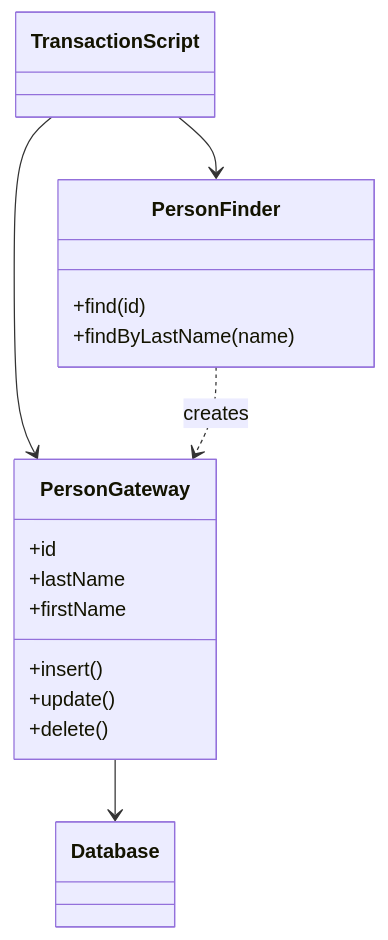
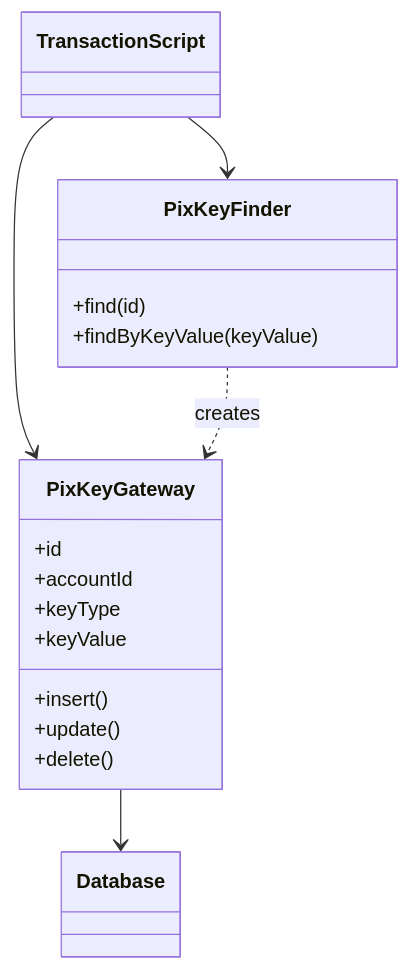
The diagram in docs/design/poeaa/data-source-architectural/row-data-gateway.md (alancesar/design-patterns), drawn with Mermaid before and after one commit. The commit also changed other lines of this file and 95 other files, not shown here.

First line of the commit message:
Switch PoEAA examples and diagrams to fintech scenarios

````diff
--- a/docs/design/poeaa/data-source-architectural/row-data-gateway.md
+++ b/docs/design/poeaa/data-source-architectural/row-data-gateway.md
@@ -56,21 +56,22 @@
 ```mermaid
 classDiagram
-    class PersonFinder {
+    class PixKeyFinder {
         +find(id)
-        +findByLastName(name)
+        +findByKeyValue(keyValue)
     }
-    class PersonGateway {
+    class PixKeyGateway {
         +id
-        +lastName
-        +firstName
+        +accountId
+        +keyType
+        +keyValue
         +insert()
         +update()
         +delete()
     }
     class TransactionScript
     class Database
-    TransactionScript --> PersonFinder
-    TransactionScript --> PersonGateway
-    PersonFinder ..> PersonGateway : creates
-    PersonGateway --> Database
+    TransactionScript --> PixKeyFinder
+    TransactionScript --> PixKeyGateway
+    PixKeyFinder ..> PixKeyGateway : creates
+    PixKeyGateway --> Database
 ```
````
